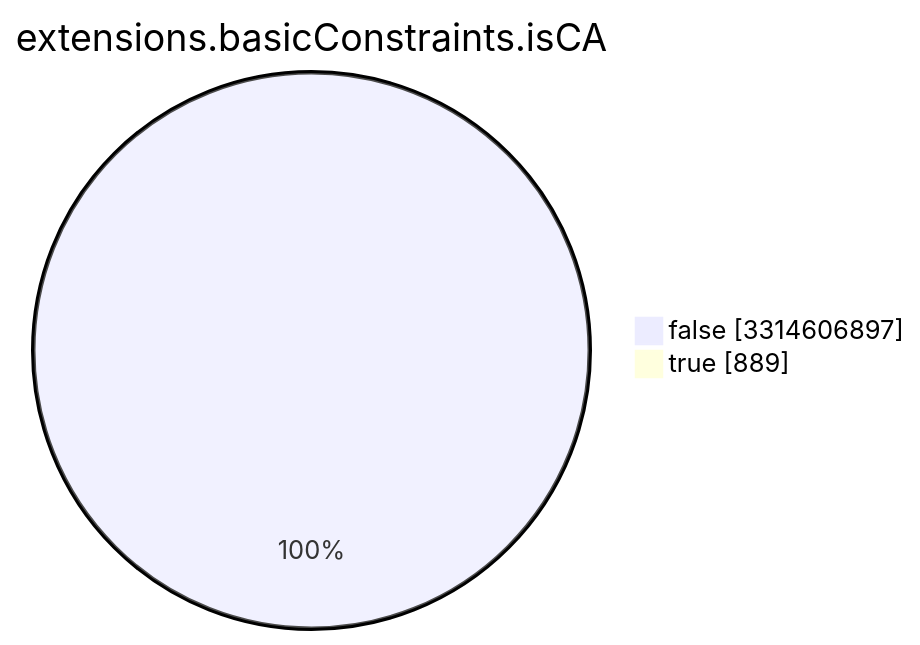
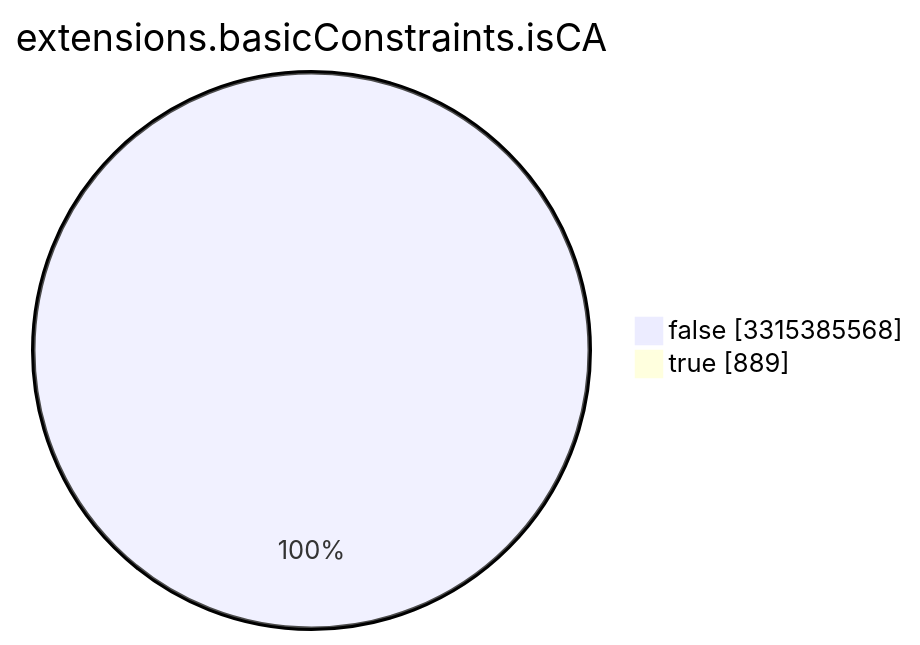
Before and after one commit to christiankrug/ctmonitor_visualization: the seventh of 15 diagrams in TOTAL/README.md, drawn with Mermaid. The commit also changed other lines of this file, not shown here.

````diff
--- a/TOTAL/README.md
+++ b/TOTAL/README.md
@@ -3089,6 +3089,6 @@
 ```mermaid
 pie showData
 title extensions.basicConstraints.isCA
-"false" :3314606897
+"false" :3315385568
 "true" :889
 ```
````
